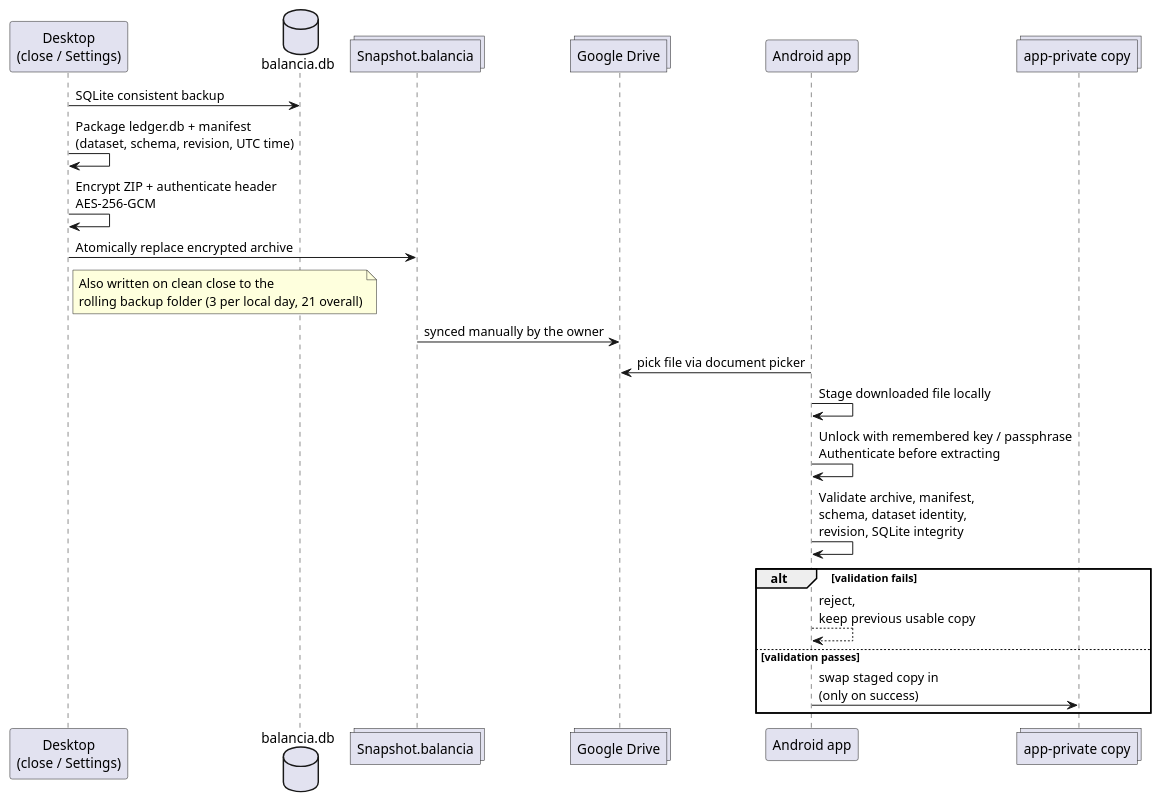
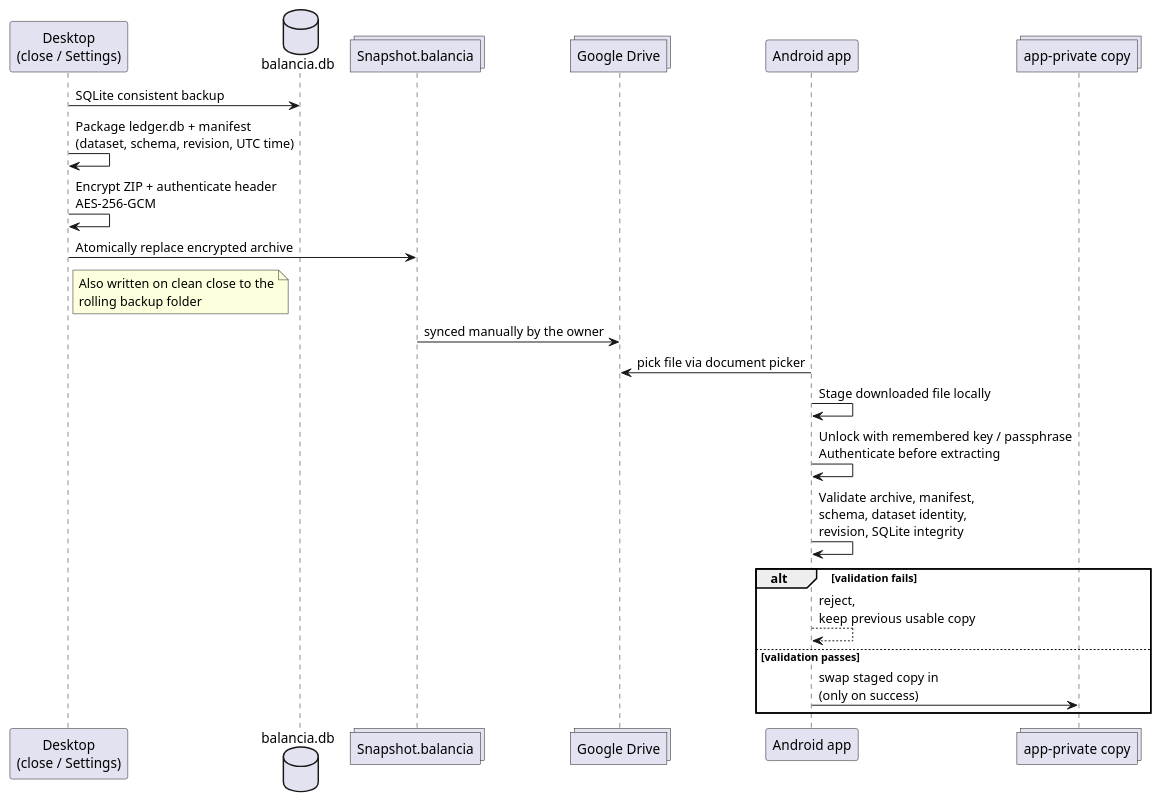
The fifth of 5 diagrams in docs/Technical_Design_Description.md (Tariatan/Balancia), drawn with PlantUML before and after one commit. The commit also changed other lines of this file and 7 other files, not shown here.

````diff
--- a/docs/Technical_Design_Description.md
+++ b/docs/Technical_Design_Description.md
@@ -456,31 +327,31 @@
 ```plantuml
 @startuml
 participant "Desktop\n(close / Settings)" as Desktop
 database "balancia.db" as Db
 collections "Snapshot.balancia" as Snap
 collections "Google Drive" as Drive
 participant "Android app" as Android
 collections "app-private copy" as AndroidDb
 
 Desktop -> Db : SQLite consistent backup
 Desktop -> Desktop : Package ledger.db + manifest\n(dataset, schema, revision, UTC time)
 Desktop -> Desktop : Encrypt ZIP + authenticate header\nAES-256-GCM
 Desktop -> Snap : Atomically replace encrypted archive
 note right of Desktop
   Also written on clean close to the
-  rolling backup folder (3 per local day, 21 overall)
+  rolling backup folder
 end note
 
 Snap -> Drive : synced manually by the owner
 
 Android -> Drive : pick file via document picker
 Android -> Android : Stage downloaded file locally
 Android -> Android : Unlock with remembered key / passphrase\nAuthenticate before extracting
 Android -> Android : Validate archive, manifest,\nschema, dataset identity,\nrevision, SQLite integrity
 alt validation fails
   Android --> Android : reject,\nkeep previous usable copy
 else validation passes
   Android -> AndroidDb : swap staged copy in\n(only on success)
 end
 @enduml
 ```
````
